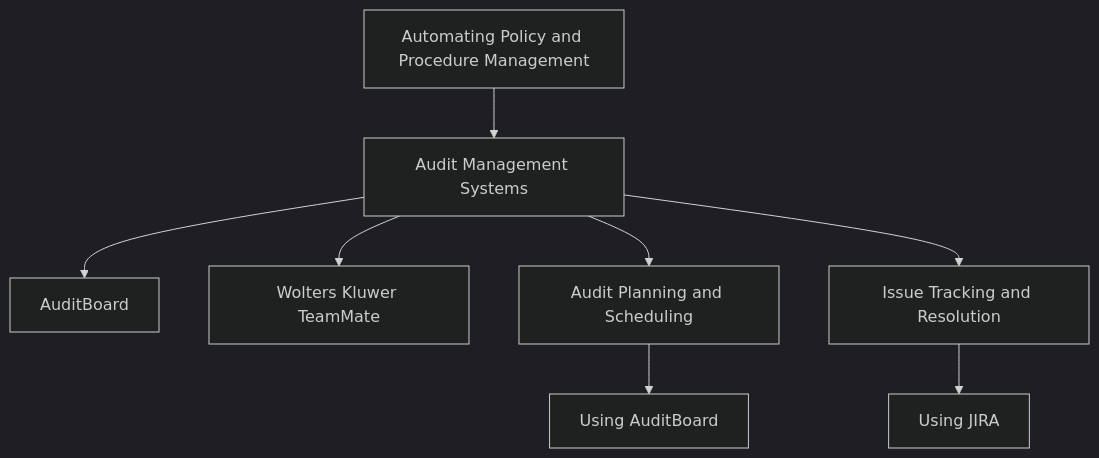
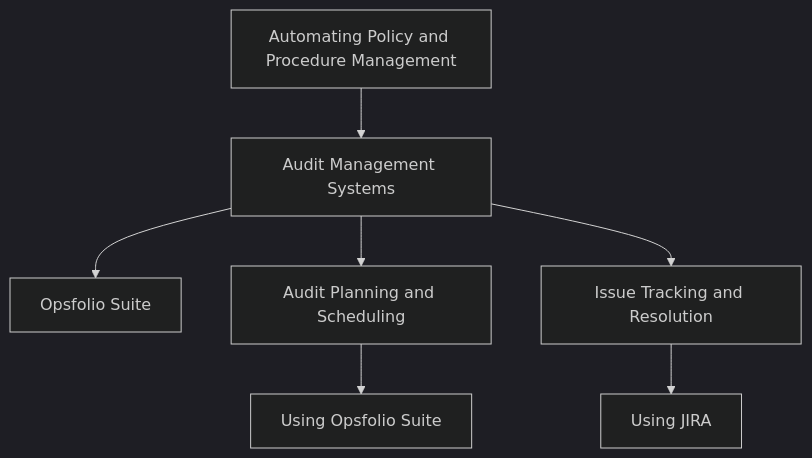
One commit to opsfolio/docs.opsfolio.com changed the second of 6 diagrams in src/content/docs/automating-compliance/automating-key-concepts/automating-policies.md. Above: the diagram before and after it, drawn with Mermaid (dark theme). The commit also changed other lines of this file and 6 other files, not shown here.

````diff
--- a/src/content/docs/automating-compliance/automating-key-concepts/automating-policies.md
+++ b/src/content/docs/automating-compliance/automating-key-concepts/automating-policies.md
@@ -54,10 +53,9 @@
 ```mermaid
 graph TD;
     A[Automating Policy and Procedure Management] --> B[Audit Management Systems];
-    B --> C[AuditBoard];
-    B --> D[Wolters Kluwer TeamMate];
+    B --> C[Opsfolio Suite];
     B --> E[Audit Planning and Scheduling];
     B --> F[Issue Tracking and Resolution];
-    E --> G[Using AuditBoard];
+    E --> G[Using Opsfolio Suite];
     F --> H[Using JIRA];
 ```
````
